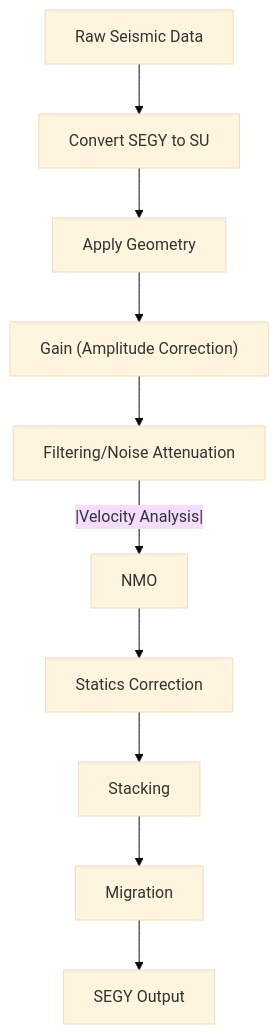
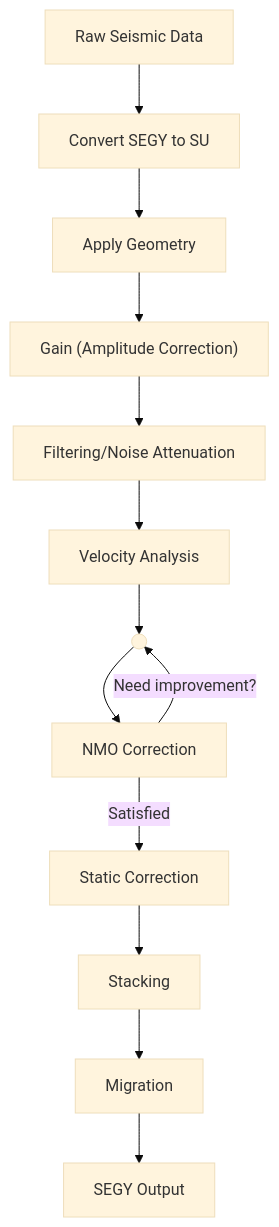
Before and after one commit to vandanue/ADG-1: the diagram in README.md, drawn with Mermaid (base theme).

````diff
--- a/README.md
+++ b/README.md
@@ -6,12 +6,17 @@
 ```mermaid
 flowchart TD
     A[Raw Seismic Data] --> B[Convert SEGY to SU]
     B --> C[Apply Geometry]
     C --> D["Gain (Amplitude Correction)"]
     D --> E[Filtering/Noise Attenuation]
-    E --|Velocity Analysis|--> F[NMO]
-    F --> G[Statics Correction]
-    G --> H[Stacking]
-    H --> I[Migration]
-    I --> J[SEGY Output]
+    E --> F[Velocity Analysis]
+    
+    F --> Z(( ))
+    Z --> G[NMO Correction]
+    G --> |Need improvement?| Z
+    G --> |Satisfied| H[Static Correction]
+    
+    H --> I[Stacking]
+    I --> J[Migration]
+    J --> K[SEGY Output]
 ```
````
